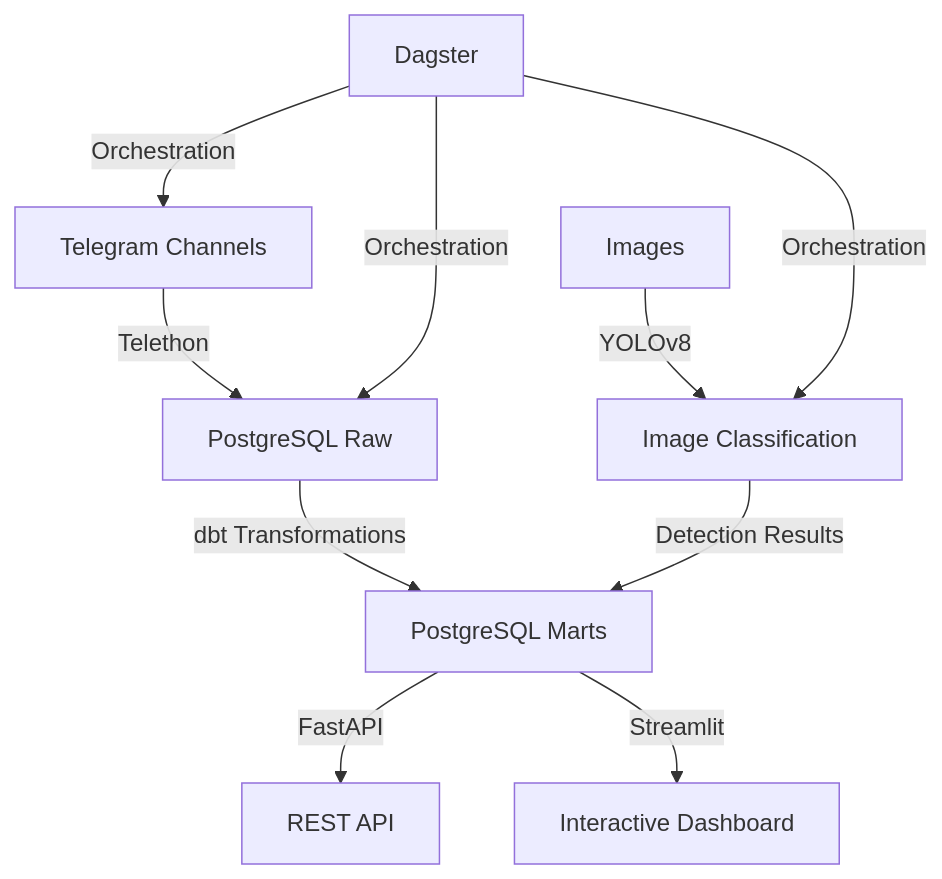
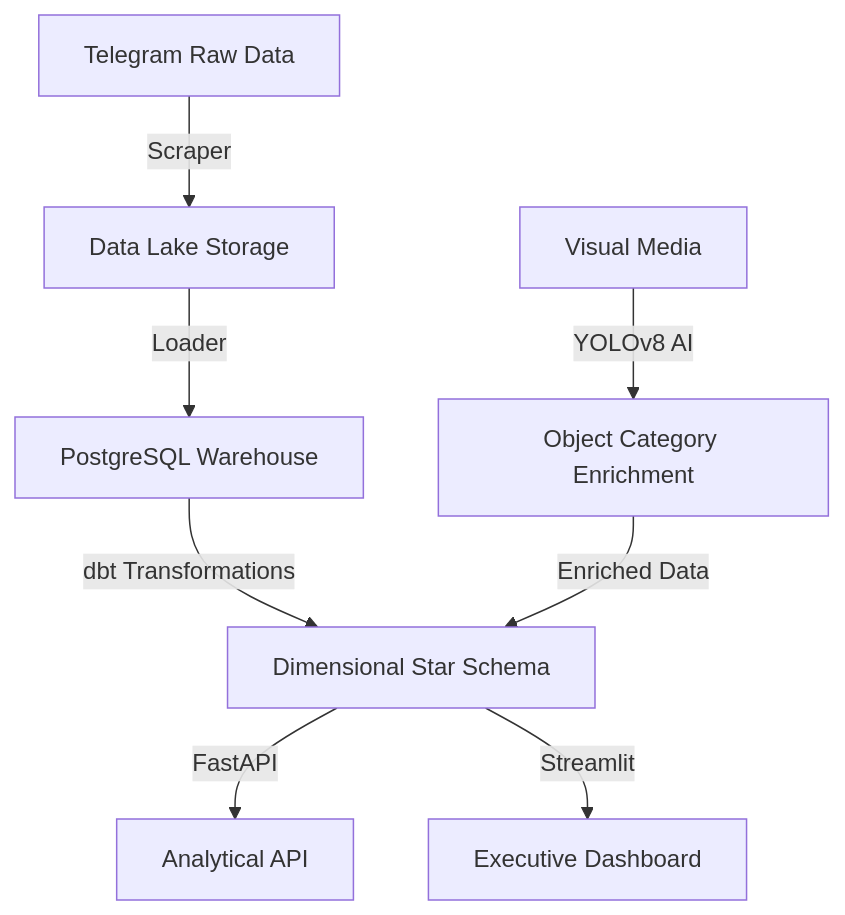
One commit to gashawbekele06/Week12-medical-telegram-warehouse changed the diagram in README.md. Above: the diagram before and after it, drawn with Mermaid. The commit also changed other lines of this file, not shown here.

Commit message:
Refactor: Update architecture diagram and description to detail the ELT framework, and revise the live deployment section with free-tier cloud recommendations and guides.

````diff
--- a/README.md
+++ b/README.md
@@ -161,12 +163,10 @@
 ```mermaid
 graph TD
-    A[Telegram Channels] -->|Telethon| B[PostgreSQL Raw]
-    B -->|dbt Transformations| C[PostgreSQL Marts]
-    D[Images] -->|YOLOv8| E[Image Classification]
-    E -->|Detection Results| C
-    C -->|FastAPI| F[REST API]
-    C -->|Streamlit| G[Interactive Dashboard]
-    H[Dagster] -->|Orchestration| A
-    H -->|Orchestration| B
-    H -->|Orchestration| E
+    A[Telegram Raw Data] -->|Scraper| B[Data Lake Storage]
+    B -->|Loader| C[PostgreSQL Warehouse]
+    C -->|dbt Transformations| D[Dimensional Star Schema]
+    E[Visual Media] -->|YOLOv8 AI| F[Object Category Enrichment]
+    F -->|Enriched Data| D
+    D -->|FastAPI| G[Analytical API]
+    D -->|Streamlit| H[Executive Dashboard]
 ```
````
